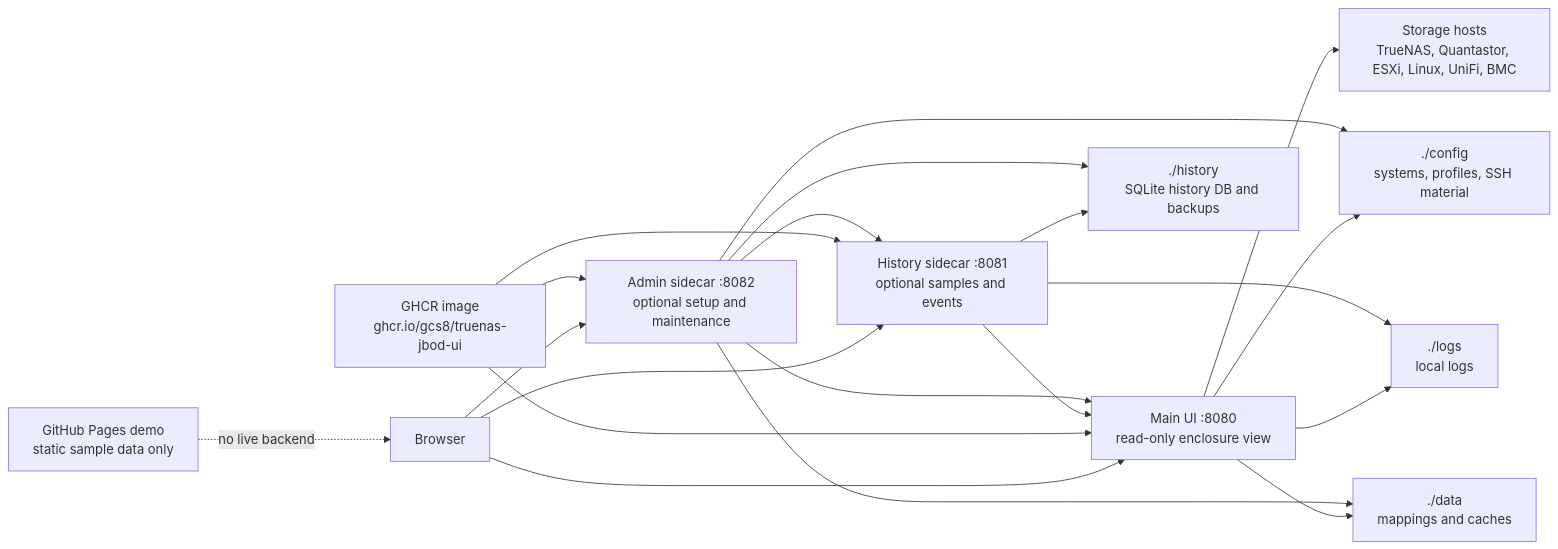
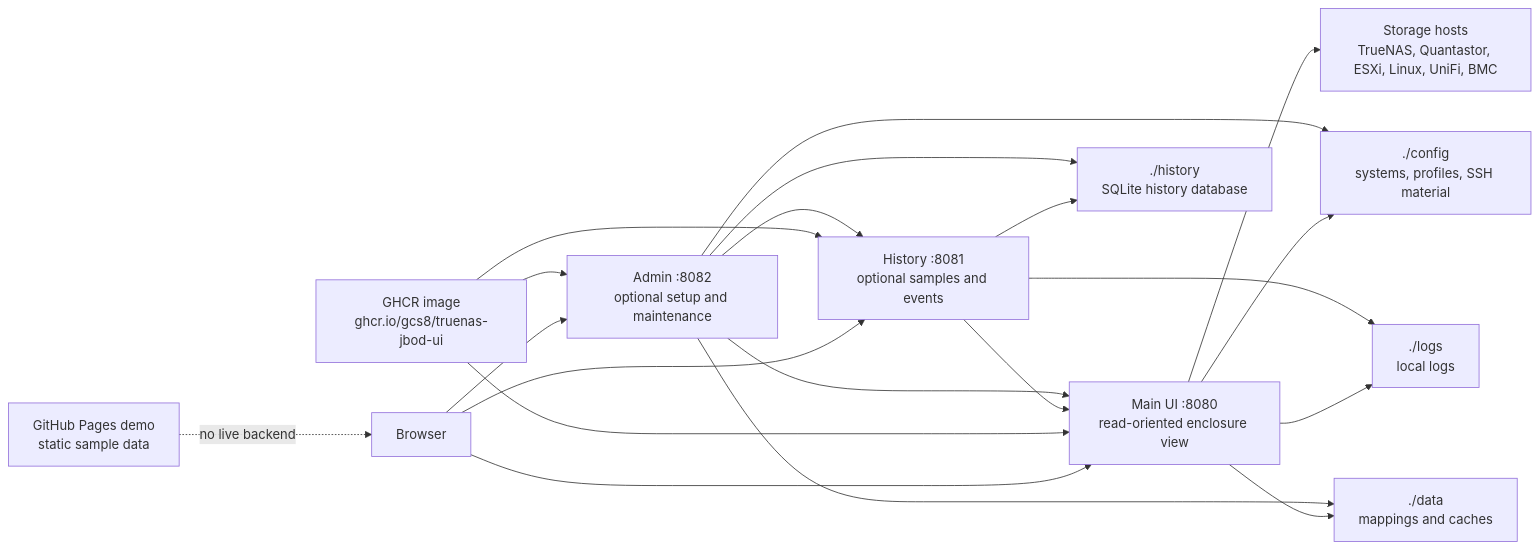
Before and after one commit to gcs8/truenas-jbod-ui: the diagram in wiki/Architecture-and-Services.md, drawn with Mermaid. The commit also changed other lines of this file and 59 other files, not shown here.

````diff
--- a/wiki/Architecture-and-Services.md
+++ b/wiki/Architecture-and-Services.md
@@ -17,35 +8,35 @@
 ```mermaid
 flowchart LR
     Browser["Browser"]
-    UI["Main UI :8080\nread-only enclosure view"]
-    History["History sidecar :8081\noptional samples and events"]
-    Admin["Admin sidecar :8082\noptional setup and maintenance"]
+    UI["Main UI :8080\nread-oriented enclosure view"]
+    History["History :8081\noptional samples and events"]
+    Admin["Admin :8082\noptional setup and maintenance"]
     Config["./config\nsystems, profiles, SSH material"]
     Data["./data\nmappings and caches"]
-    HistDB["./history\nSQLite history DB and backups"]
+    HistDB["./history\nSQLite history database"]
     Logs["./logs\nlocal logs"]
     Hosts["Storage hosts\nTrueNAS, Quantastor, ESXi, Linux, UniFi, BMC"]
     GHCR["GHCR image\nghcr.io/gcs8/truenas-jbod-ui"]
-    Pages["GitHub Pages demo\nstatic sample data only"]
+    Pages["GitHub Pages demo\nstatic sample data"]
 
     Browser --> UI
     Browser --> History
     Browser --> Admin
     GHCR --> UI
     GHCR --> History
     GHCR --> Admin
     UI --> Hosts
     History --> UI
     Admin --> UI
     Admin --> History
     UI --> Config
     UI --> Data
     History --> HistDB
     Admin --> Config
     Admin --> Data
     Admin --> HistDB
     UI --> Logs
     History --> Logs
 
     Pages -. no live backend .-> Browser
 ```
````
